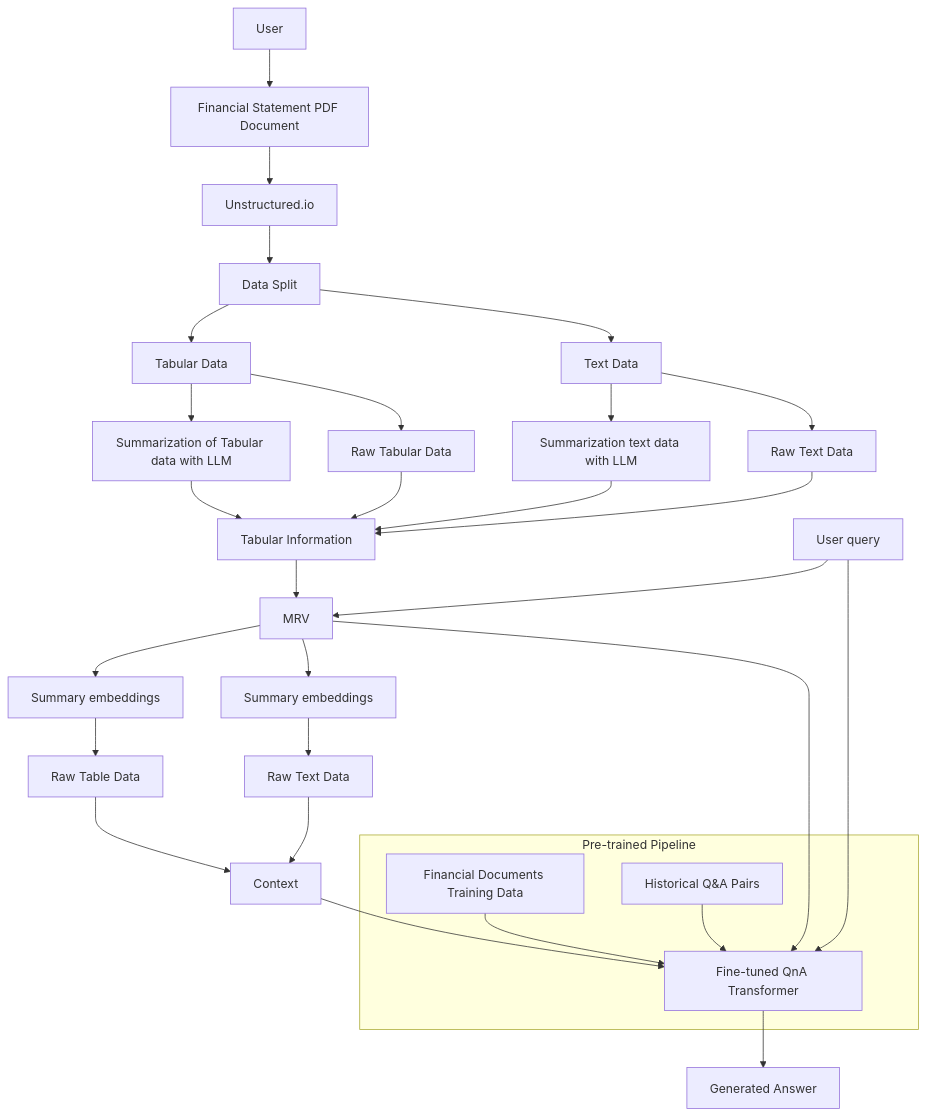
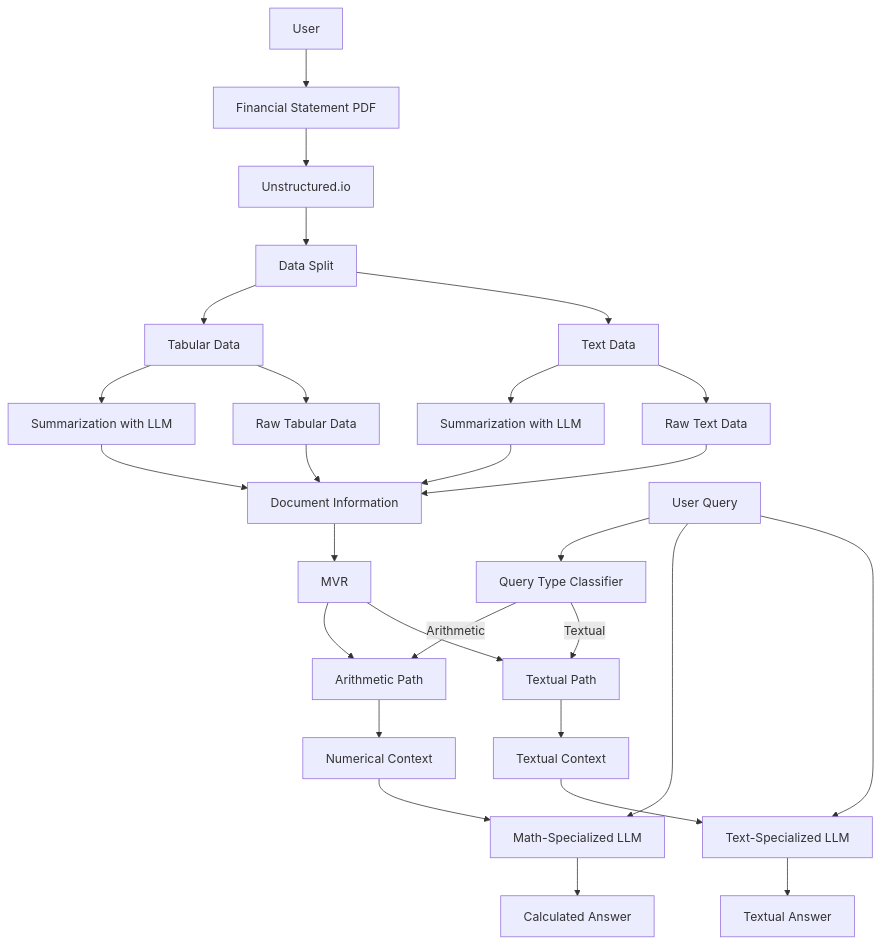
Before and after one commit to LCM-W25-3035/FinChatbot: the diagram in init_exploration/model_approach.MD, drawn with Mermaid. The commit also changed 2 other files, not shown here.

Commit message:
new model approach

````diff
--- a/init_exploration/model_approach.MD
+++ b/init_exploration/model_approach.MD
@@ -5,47 +5,45 @@
 ```mermaid
 flowchart TD
-    subgraph PreTrained["Pre-trained Pipeline"]
-        FinDocs["Financial Documents Training Data"] --> FT["Fine-tuned QnA Transformer"]
-        QAPairs["Historical Q&A Pairs"] --> FT
-    end
-
     %% Document processing flow
-    User["User"] --> PDF["Financial Statement PDF Document"]
+    User["User"] --> PDF["Financial Statement PDF"]
     PDF --> Unstructured["Unstructured.io"]
     Unstructured --> Split["Data Split"]
     Split --> Tab["Tabular Data"]
     Split --> Text["Text Data"]
     
     %% Tabular data processing
-    Tab --> Sum1["Summarization of Tabular data with LLM"]
+    Tab --> Sum1["Summarization with LLM"]
     Tab --> Raw1["Raw Tabular Data"]
-    Sum1 --> TabInfo["Tabular Information"]
+    Sum1 --> TabInfo["Document Information"]
     Raw1 --> TabInfo
     
     %% Text data processing
-    Text --> Sum2["Summarization text data with LLM"]
+    Text --> Sum2["Summarization with LLM"]
     Text --> Raw2["Raw Text Data"]
-    Sum2 --> TabInfo["Tabular Information"]
+    Sum2 --> TabInfo
     Raw2 --> TabInfo
     
-    %% MRV and Query processing
-    TabInfo --> MRV["MRV"]
-    UserQ["User query"] --> MRV
+    %% Query Classification
+    UserQ["User Query"] --> Classifier["Query Type Classifier"]
+    Classifier -->|Arithmetic| Path1
+    Classifier -->|Textual| Path2
     
-    %% Embedding paths
-    MRV --> Path1["Summary embeddings"]
-    MRV --> Path2["Summary embeddings"]
-    Path1 --> RawTab["Raw Table Data"]
-    Path2 --> RawText["Raw Text Data"]
+    %% MRV and paths
+    TabInfo --> MRV["MVR"]
+    MRV --> Path1["Arithmetic Path"]
+    MRV --> Path2["Textual Path"]
     
-    %% Context and Final Processing
-    RawTab --> Context["Context"]
-    RawText --> Context
+    %% Context splitting
+    Path1 --> NumContext["Numerical Context"]
+    Path2 --> TextContext["Textual Context"]
     
-    MRV --> FT
-    Context --> FT
-    UserQ --> FT
+    %% Dual LLM Processing
+    NumContext --> MathLLM["Math-Specialized LLM"]
+    TextContext --> TextLLM["Text-Specialized LLM"]
+    UserQ --> MathLLM
+    UserQ --> TextLLM
     
-    %% Final output
-    FT --> Answer["Generated Answer"]
+    %% Final outputs
+    MathLLM --> CalcAnswer["Calculated Answer"]
+    TextLLM --> TextAnswer["Textual Answer"]
 ```
````
